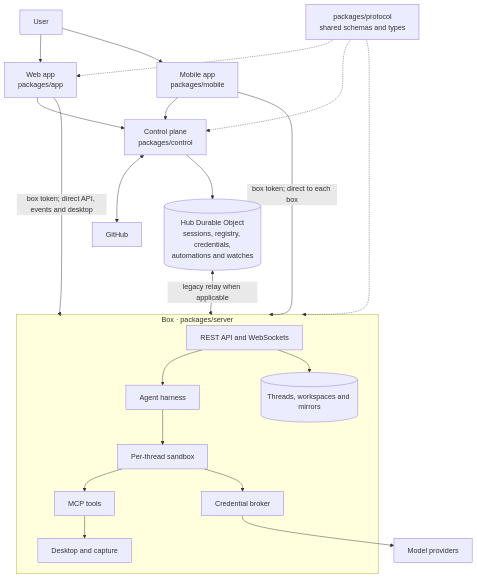
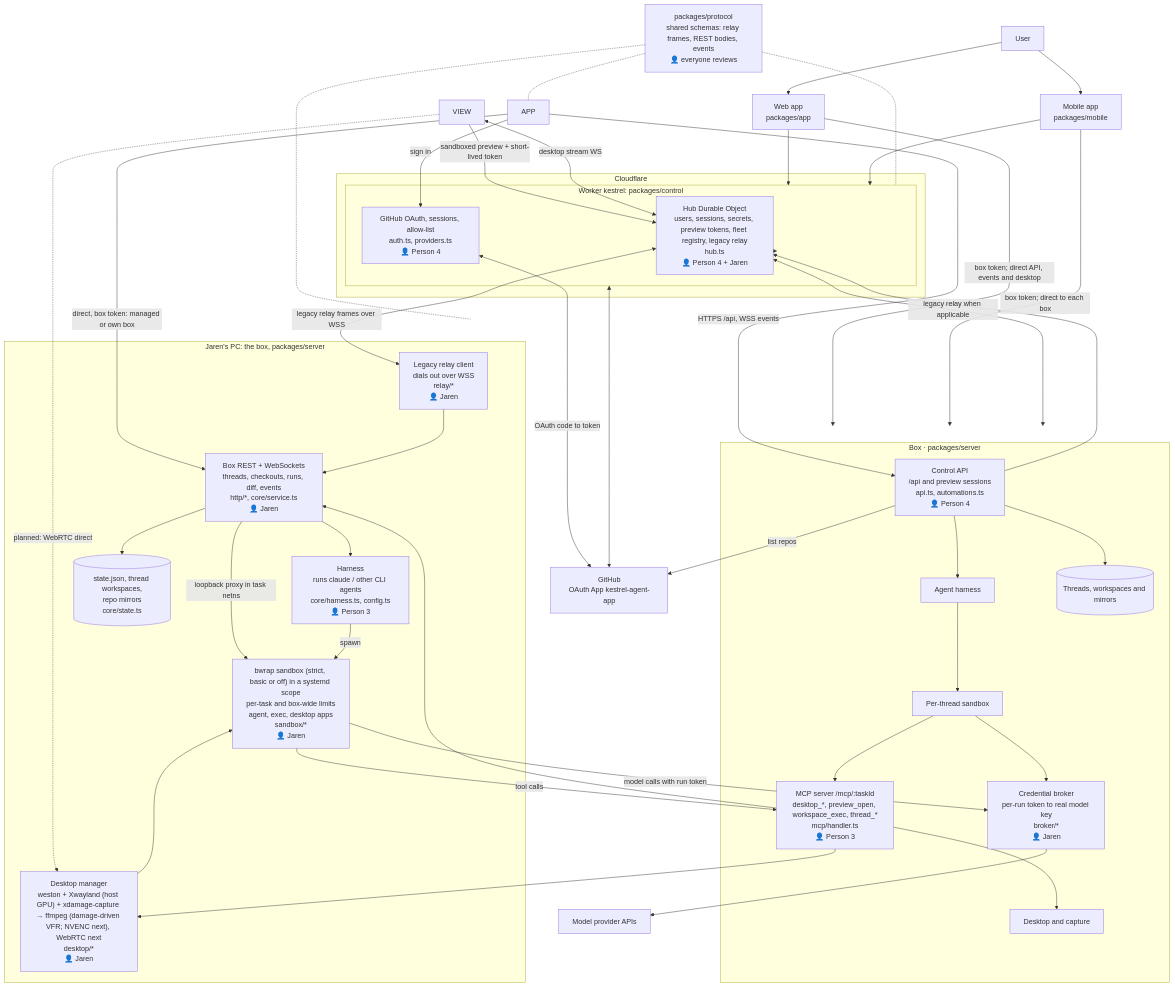
Before and after one commit to StinkyCat0/kestrel: the diagram in docs/architecture.md, drawn with Mermaid. The commit also changed 63 other files, not shown here.

Commit message:
Consolidate fork features onto upstream: providers, ACP harnesses (OMP/Pi/Hermes), per-thread model selection, desktop packaging, download page, KubeVirt

````diff
--- a/docs/architecture.md
+++ b/docs/architecture.md
@@ -9,30 +9,76 @@
 ```mermaid
 flowchart TB
   U["User"] --> WEB["Web app<br/>packages/app"]
   U --> MOBILE["Mobile app<br/>packages/mobile"]
   WEB --> CTRL["Control plane<br/>packages/control"]
   MOBILE --> CTRL
   CTRL <--> GH["GitHub"]
   CTRL --> HUB[("Hub Durable Object<br/>sessions, registry, credentials,<br/>automations and watches")]
   WEB -->|"box token; direct API, events and desktop"| BOX
   MOBILE -->|"box token; direct to each box"| BOX
   HUB <-->|"legacy relay when applicable"| BOX
   subgraph BOX["Box · packages/server"]
     API["REST API and WebSockets"]
     HARNESS["Agent harness"]
     SANDBOX["Per-thread sandbox"]
     MCP["MCP tools"]
     BROKER["Credential broker"]
     DESKTOP["Desktop and capture"]
     DATA[("Threads, workspaces and mirrors")]
     API --> HARNESS --> SANDBOX
     API --> DATA
     SANDBOX --> MCP
     SANDBOX --> BROKER
     MCP --> DESKTOP
   end
-  BROKER --> MODEL["Model providers"]
-  PROTOCOL["packages/protocol<br/>shared schemas and types"] -.-> WEB
-  PROTOCOL -.-> CTRL
-  PROTOCOL -.-> BOX
+
+  subgraph CF["Cloudflare"]
+    subgraph CTRL["Worker kestrel: packages/control"]
+      AUTH["GitHub OAuth, sessions, allow-list<br/>auth.ts, providers.ts<br/>👤 Person 4"]
+      API["Control API<br/>/api and preview sessions<br/>api.ts, automations.ts<br/>👤 Person 4"]
+      HUB["Hub Durable Object<br/>users, sessions, secrets, preview tokens, fleet registry, legacy relay<br/>hub.ts<br/>👤 Person 4 + Jaren"]
+    end
+  end
+
+  GH["GitHub<br/>OAuth App kestrel-agent-app"]
+
+  subgraph PC["Jaren's PC: the box, packages/server"]
+    RELAY["Legacy relay client<br/>dials out over WSS<br/>relay/*<br/>👤 Jaren"]
+    REST["Box REST + WebSockets<br/>threads, checkouts, runs, diff, events<br/>http/*, core/service.ts<br/>👤 Jaren"]
+    HARN["Harness<br/>runs claude / other CLI agents<br/>core/harness.ts, config.ts<br/>👤 Person 3"]
+    MCP["MCP server /mcp/:taskId<br/>desktop_*, preview_open, workspace_exec, thread_*<br/>mcp/handler.ts<br/>👤 Person 3"]
+    BROKER["Credential broker<br/>per-run token to real model key<br/>broker/*<br/>👤 Jaren"]
+    SB["bwrap sandbox (strict, basic or off) in a systemd scope<br/>per-task and box-wide limits<br/>agent, exec, desktop apps<br/>sandbox/*<br/>👤 Jaren"]
+    DESK["Desktop manager<br/>weston + Xwayland (host GPU) + xdamage-capture → ffmpeg (damage-driven VFR; NVENC next), WebRTC next<br/>desktop/*<br/>👤 Jaren"]
+    STATE[("state.json, thread workspaces,<br/>repo mirrors<br/>core/state.ts")]
+  end
+
+  LLM["Model provider APIs"]
+
+  APP -->|HTTPS /api, WSS events| API
+  APP -->|sign in| AUTH
+  AUTH <-->|OAuth code to token| GH
+  API -->|list repos| GH
+  API --> HUB
+  HUB <-->|legacy relay frames over WSS| RELAY
+  VIEW -->|sandboxed preview + short-lived token| HUB
+  VIEW <-->|desktop stream WS| HUB
+  APP -->|direct, box token: managed or own box| REST
+  VIEW -.->|planned: WebRTC direct| DESK
+  RELAY --> REST
+  REST -->|loopback proxy in task netns| SB
+  REST --> HARN
+  REST --> STATE
+  HARN -->|spawn| SB
+  SB -->|tool calls| MCP
+  SB -->|model calls with run token| BROKER
+  BROKER --> LLM
+  MCP --> DESK
+  MCP --> REST
+  DESK --> SB
+
+  PROTO["packages/protocol<br/>shared schemas: relay frames, REST bodies, events<br/>👤 everyone reviews"]
+  PROTO -.- APP
+  PROTO -.- CTRL
+  PROTO -.- PC
 ```
````
